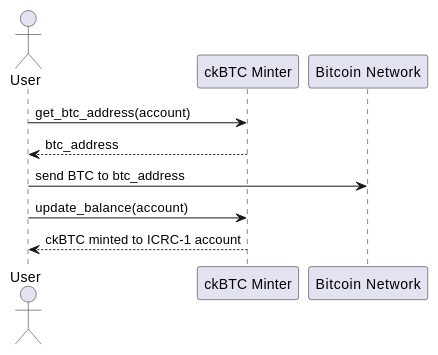
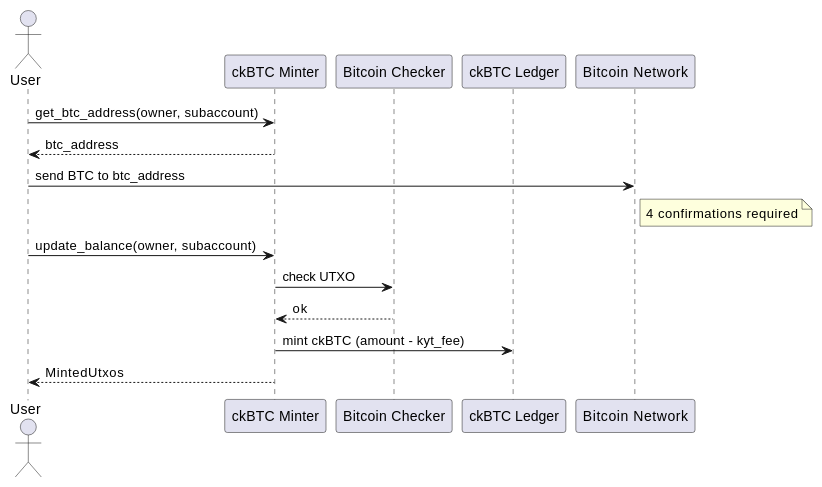
Before and after one commit to dfinity/developer-docs: the first of 2 diagrams in docs/guides/chain-fusion/bitcoin.mdx, drawn with PlantUML. The commit also changed other lines of this file and 4 other files, not shown here.

First line of the commit message:
docs(chain-fusion): diagram styling, KYT flows, and Bitcoin canister corrections (#176)

````diff
--- a/docs/guides/chain-fusion/bitcoin.mdx
+++ b/docs/guides/chain-fusion/bitcoin.mdx
@@ -34,11 +34,17 @@
 ```plantuml
 actor User
 participant "ckBTC Minter" as Minter
+participant "Bitcoin Checker" as KYT
+participant "ckBTC Ledger" as Ledger
 participant "Bitcoin Network" as BTC
 
-User -> Minter: get_btc_address(account)
+User -> Minter: get_btc_address(owner, subaccount)
 Minter --> User: btc_address
 User -> BTC: send BTC to btc_address
-User -> Minter: update_balance(account)
-Minter --> User: ckBTC minted to ICRC-1 account
+note right of BTC: 4 confirmations required
+User -> Minter: update_balance(owner, subaccount)
+Minter -> KYT: check UTXO
+KYT --> Minter: ok
+Minter -> Ledger: mint ckBTC (amount - kyt_fee)
+Minter --> User: MintedUtxos
 ```
````
